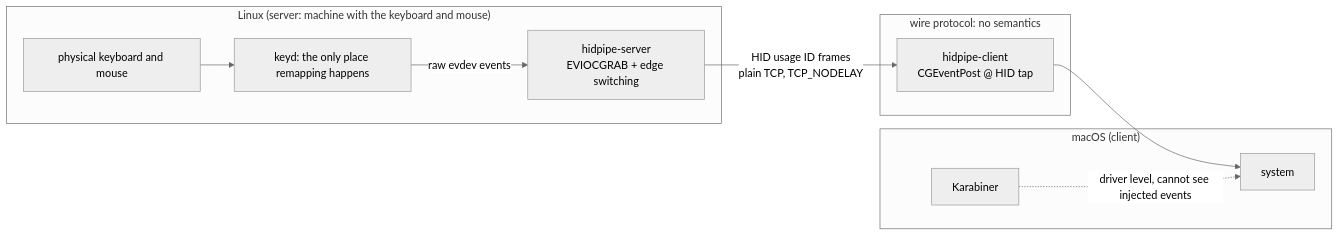
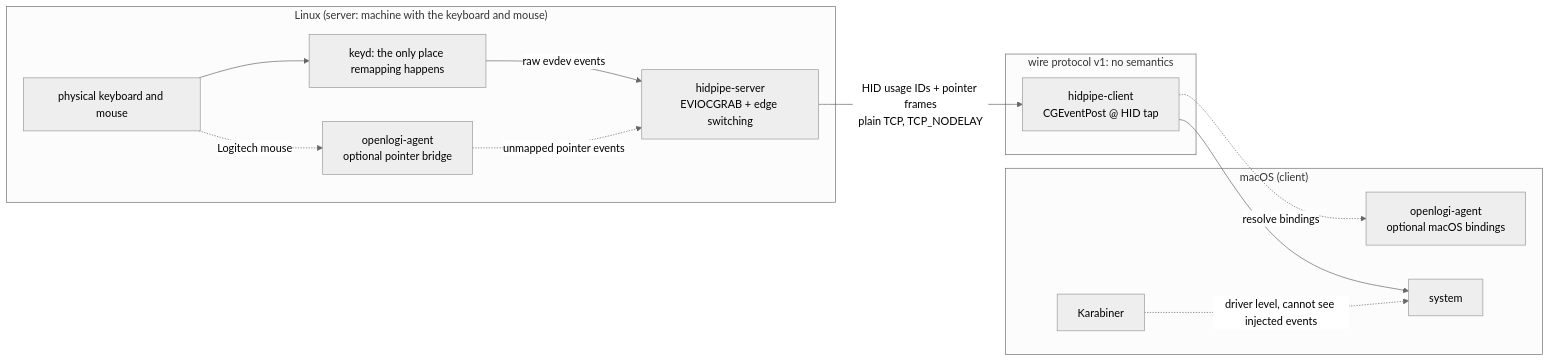
One commit to woxQAQ/hidpipe changed the diagram in README.md. Above: the diagram before and after it, drawn with Mermaid (neutral theme). The commit also changed other lines of this file, not shown here.

````diff
--- a/README.md
+++ b/README.md
@@ -13,14 +13,17 @@
 ```mermaid
 flowchart LR
     subgraph Linux["Linux (server: machine with the keyboard and mouse)"]
         K[physical keyboard and mouse] --> KD[keyd: the only place remapping happens]
         KD -->|raw evdev events| S[hidpipe-server<br/>EVIOCGRAB + edge switching]
+        K -.->|Logitech mouse| OL_L[openlogi-agent<br/>optional pointer bridge]
+        OL_L -.->|unmapped pointer events| S
     end
-    subgraph Wire["wire protocol: no semantics"]
-        S -->|"HID usage ID frames<br/>plain TCP, TCP_NODELAY"| C
+    subgraph Wire["wire protocol v1: no semantics"]
+        S -->|"HID usage IDs + pointer frames<br/>plain TCP, TCP_NODELAY"| C
     end
     subgraph macOS["macOS (client)"]
-        C[hidpipe-client<br/>CGEventPost @ HID tap] --> SYS[system]
+        C[hidpipe-client<br/>CGEventPost @ HID tap] -.->|resolve bindings| OL_M[openlogi-agent<br/>optional macOS bindings]
+        C --> SYS[system]
         KB[Karabiner] -.->|driver level, cannot see injected events| SYS
     end
 ```
````
